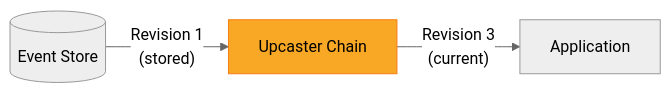
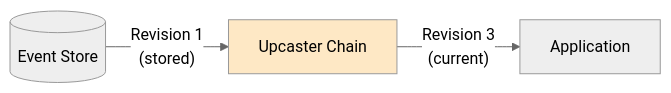
The first of 2 diagrams in mkdocs/docs/blog/posts/2026/2026-05-11-evolving-event-sourced-systems/index.md (open-cqrs/opencqrs), drawn with Mermaid (neutral theme) before and after one commit. The commit also changed other lines of this file and 5 other files, not shown here.

````diff
--- a/mkdocs/docs/blog/posts/2026/2026-05-11-evolving-event-sourced-systems/index.md
+++ b/mkdocs/docs/blog/posts/2026/2026-05-11-evolving-event-sourced-systems/index.md
@@ -52,7 +52,7 @@
 ```mermaid
 flowchart LR
     ES[(Event Store)] -->|"Revision 1\n(stored)"| U[Upcaster Chain]
     U -->|"Revision 3\n(current)"| APP[Application]
 
-    style U fill:#f9a825,stroke:#f57f17,color:#000
+    style U fill:#f9a82543
 ```
````
